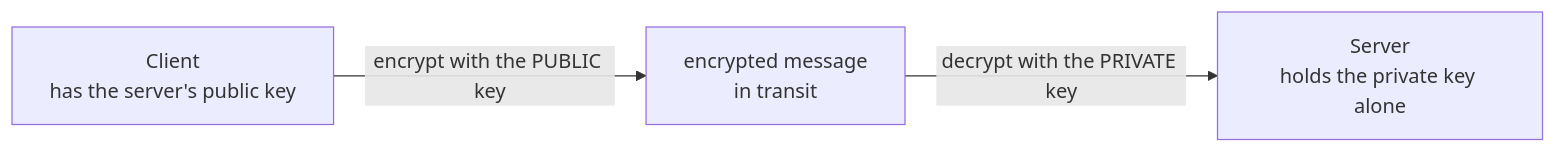
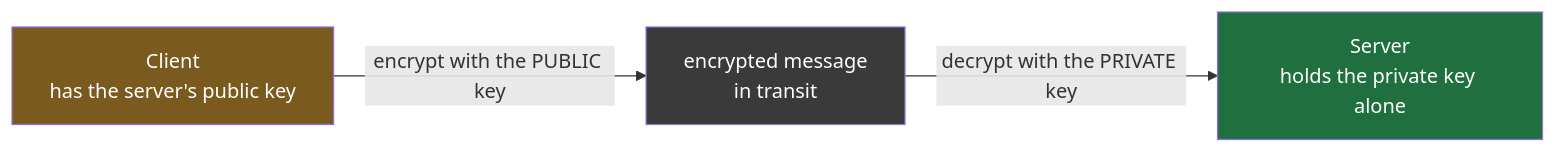
Before and after one commit to Dummy-Bug/system-design-handbook: the second of 4 diagrams in Devops/04-Networking/09-Symmetric-And-Asymmetric-Keys.md, drawn with Mermaid. The commit also changed other lines of this file and 53 other files, not shown here.

````diff
--- a/Devops/04-Networking/09-Symmetric-And-Asymmetric-Keys.md
+++ b/Devops/04-Networking/09-Symmetric-And-Asymmetric-Keys.md
@@ -56,5 +59,8 @@
 ```mermaid
 flowchart LR
     C["Client<br/>has the server's public key"] -->|"encrypt with the PUBLIC key"| NET["encrypted message<br/>in transit"]
     NET -->|"decrypt with the PRIVATE key"| S["Server<br/>holds the private key alone"]
+    style C fill:#7a5a1f,color:#fff
+    style NET fill:#3a3a3a,color:#fff
+    style S fill:#1f6f3f,color:#fff
 ```
````
